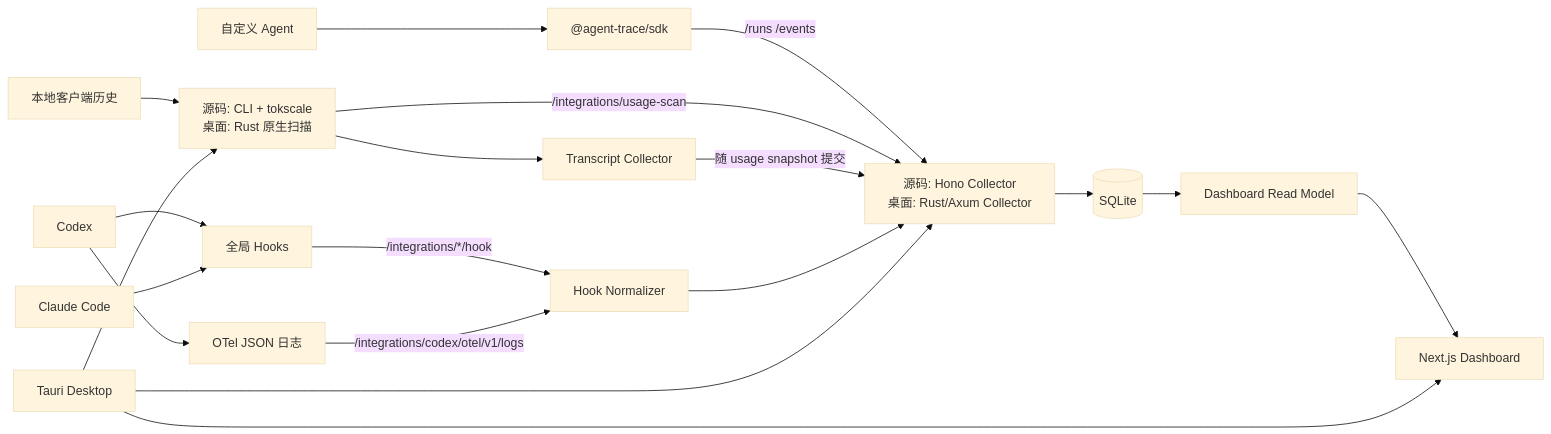
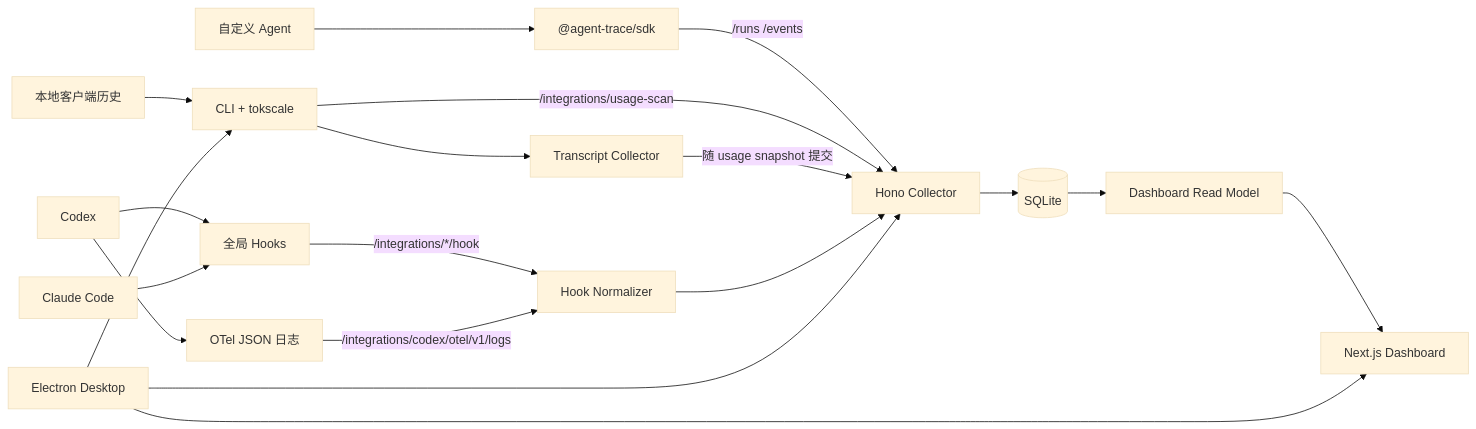
The diagram in docs/architecture.md (HangChi/Agent-Trace), drawn with Mermaid (base theme) before and after one commit. The commit also changed other lines of this file and 99 other files, not shown here.

````diff
--- a/docs/architecture.md
+++ b/docs/architecture.md
@@ -9,23 +9,23 @@
 ```mermaid
 flowchart LR
     Agent["自定义 Agent"] --> SDK["@agent-trace/sdk"]
     Codex["Codex"] --> Hooks["全局 Hooks"]
     Claude["Claude Code"] --> Hooks
     Codex --> OTel["OTel JSON 日志"]
-    Histories["本地客户端历史"] --> Scanner["源码: CLI + tokscale<br/>桌面: Rust 原生扫描"]
+    Histories["本地客户端历史"] --> Scanner["CLI + tokscale"]
     Scanner --> Transcript["Transcript Collector"]
 
-    SDK -->|"/runs /events"| Collector["源码: Hono Collector<br/>桌面: Rust/Axum Collector"]
+    SDK -->|"/runs /events"| Collector["Hono Collector"]
     Hooks -->|"/integrations/*/hook"| Normalizer["Hook Normalizer"]
     OTel -->|"/integrations/codex/otel/v1/logs"| Normalizer
     Scanner -->|"/integrations/usage-scan"| Collector
     Transcript -->|"随 usage snapshot 提交"| Collector
     Normalizer --> Collector
 
     Collector --> DB[("SQLite")]
     DB --> ReadModel["Dashboard Read Model"]
     ReadModel --> Web["Next.js Dashboard"]
-    Desktop["Tauri Desktop"] --> Collector
+    Desktop["Electron Desktop"] --> Collector
     Desktop --> Scanner
     Desktop --> Web
 ```
````
